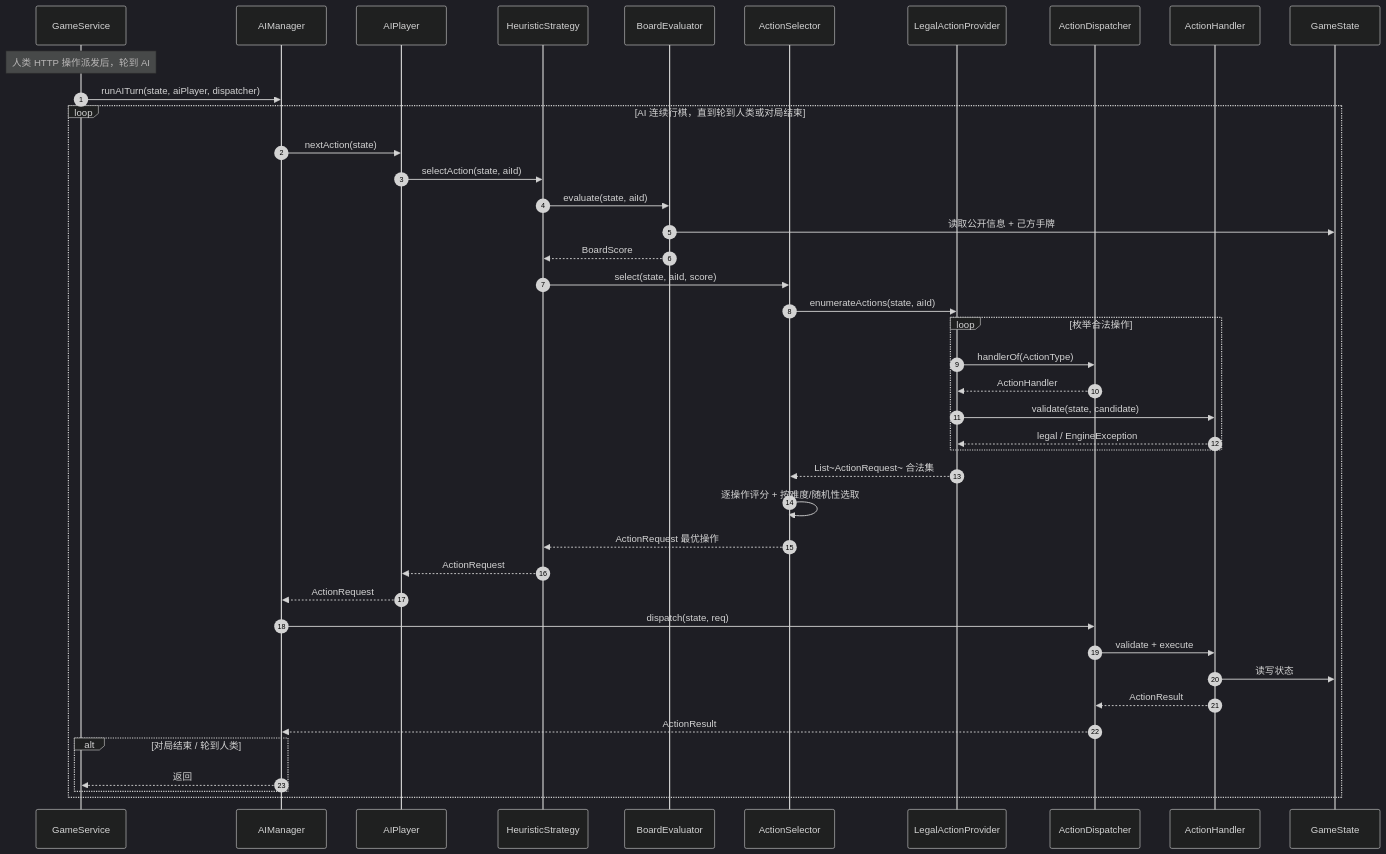
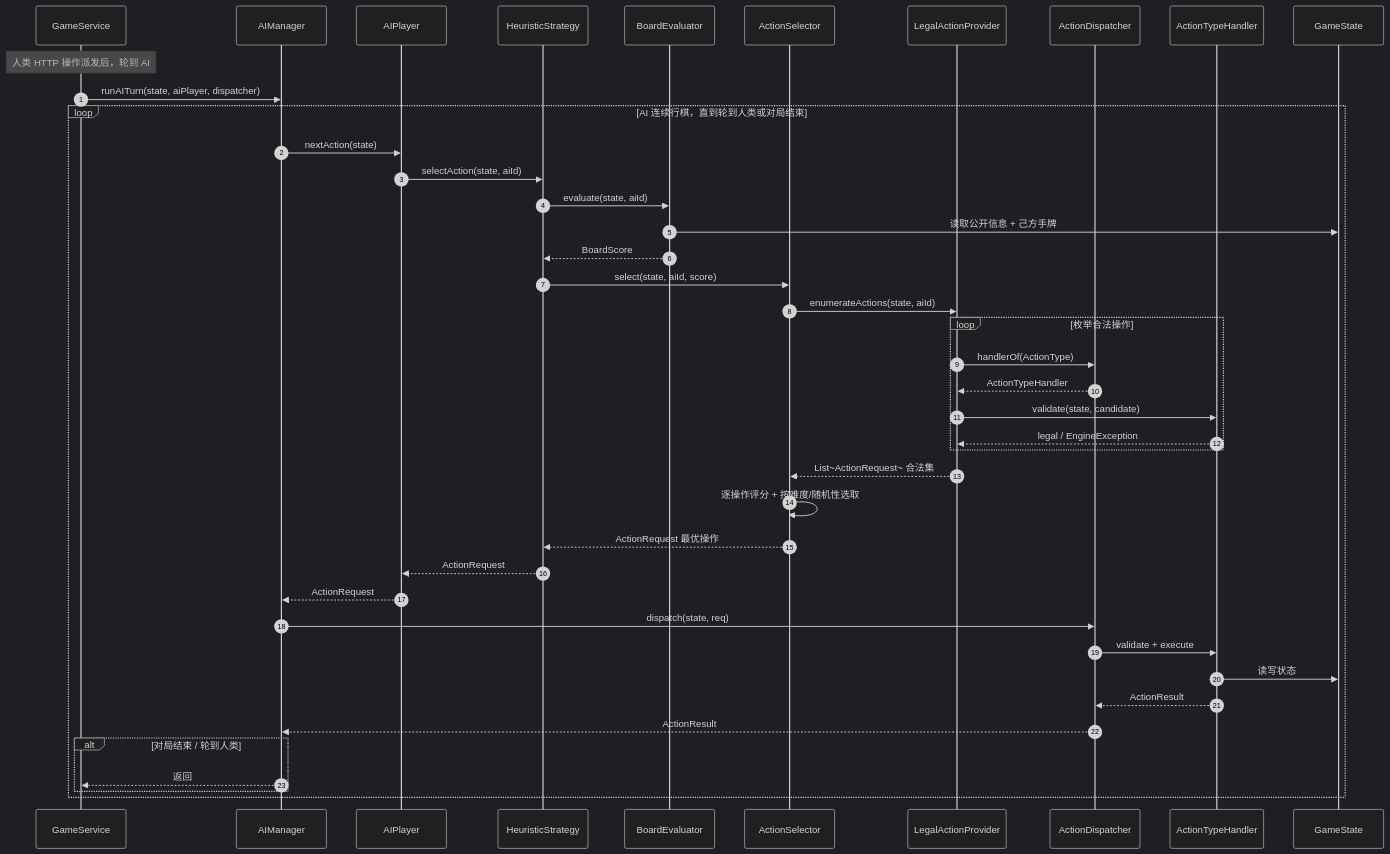
Before and after one commit to yuJunOk/mtcg: the third of 5 diagrams in docs/设计文档/10-详细设计-迭代八-AI对战.md, drawn with Mermaid (dark theme). The commit also changed other lines of this file and 7 other files, not shown here.

First line of the commit message:
refactor(engine): 重命名 ActionHandler 为 ActionPhaseHandler，更新相关文档与代码

````diff
--- a/docs/设计文档/10-详细设计-迭代八-AI对战.md
+++ b/docs/设计文档/10-详细设计-迭代八-AI对战.md
@@ -1882,51 +1882,51 @@
 ```mermaid
 sequenceDiagram
     autonumber
     participant GS as GameService
     participant AM as AIManager
     participant AP as AIPlayer
     participant ST as HeuristicStrategy
     participant EV as BoardEvaluator
     participant AS as ActionSelector
     participant LP as LegalActionProvider
     participant AD as ActionDispatcher
-    participant H as ActionHandler
+    participant H as ActionTypeHandler
     participant GS2 as GameState
 
     Note over GS: 人类 HTTP 操作派发后，轮到 AI
     GS->>AM: runAITurn(state, aiPlayer, dispatcher)
 
     loop AI 连续行棋，直到轮到人类或对局结束
         AM->>AP: nextAction(state)
         AP->>ST: selectAction(state, aiId)
         ST->>EV: evaluate(state, aiId)
         EV->>GS2: 读取公开信息 + 己方手牌
         EV-->>ST: BoardScore
 
         ST->>AS: select(state, aiId, score)
         AS->>LP: enumerateActions(state, aiId)
 
         loop 枚举合法操作
             LP->>AD: handlerOf(ActionType)
-            AD-->>LP: ActionHandler
+            AD-->>LP: ActionTypeHandler
             LP->>H: validate(state, candidate)
             H-->>LP: legal / EngineException
         end
 
         LP-->>AS: List~ActionRequest~ 合法集
         AS->>AS: 逐操作评分 + 按难度/随机性选取
         AS-->>ST: ActionRequest 最优操作
         ST-->>AP: ActionRequest
         AP-->>AM: ActionRequest
 
         AM->>AD: dispatch(state, req)
         AD->>H: validate + execute
         H->>GS2: 读写状态
         H-->>AD: ActionResult
         AD-->>AM: ActionResult
 
         alt 对局结束 / 轮到人类
             AM-->>GS: 返回
         end
     end
 ```
````
